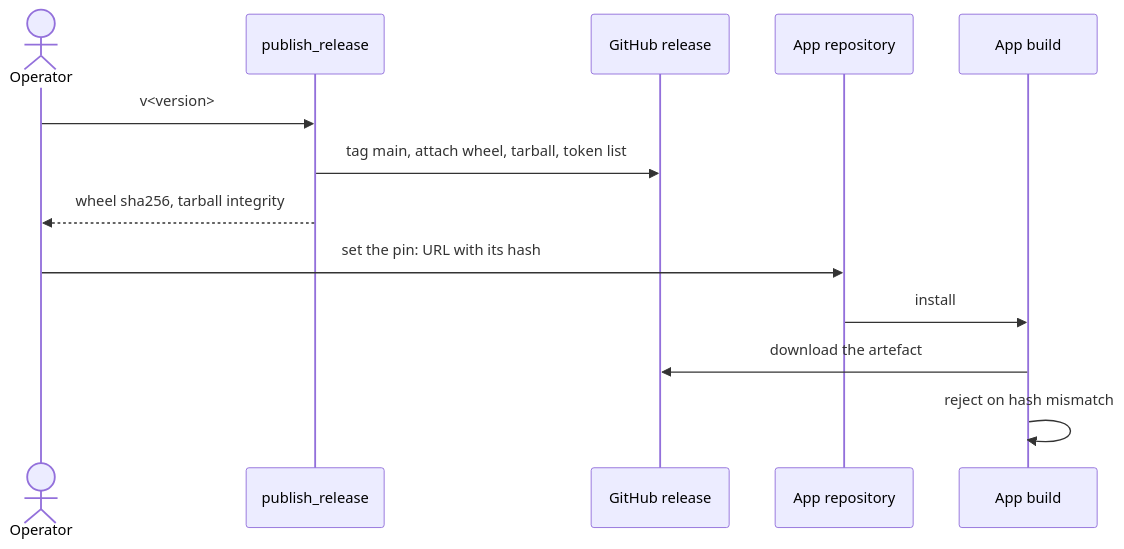
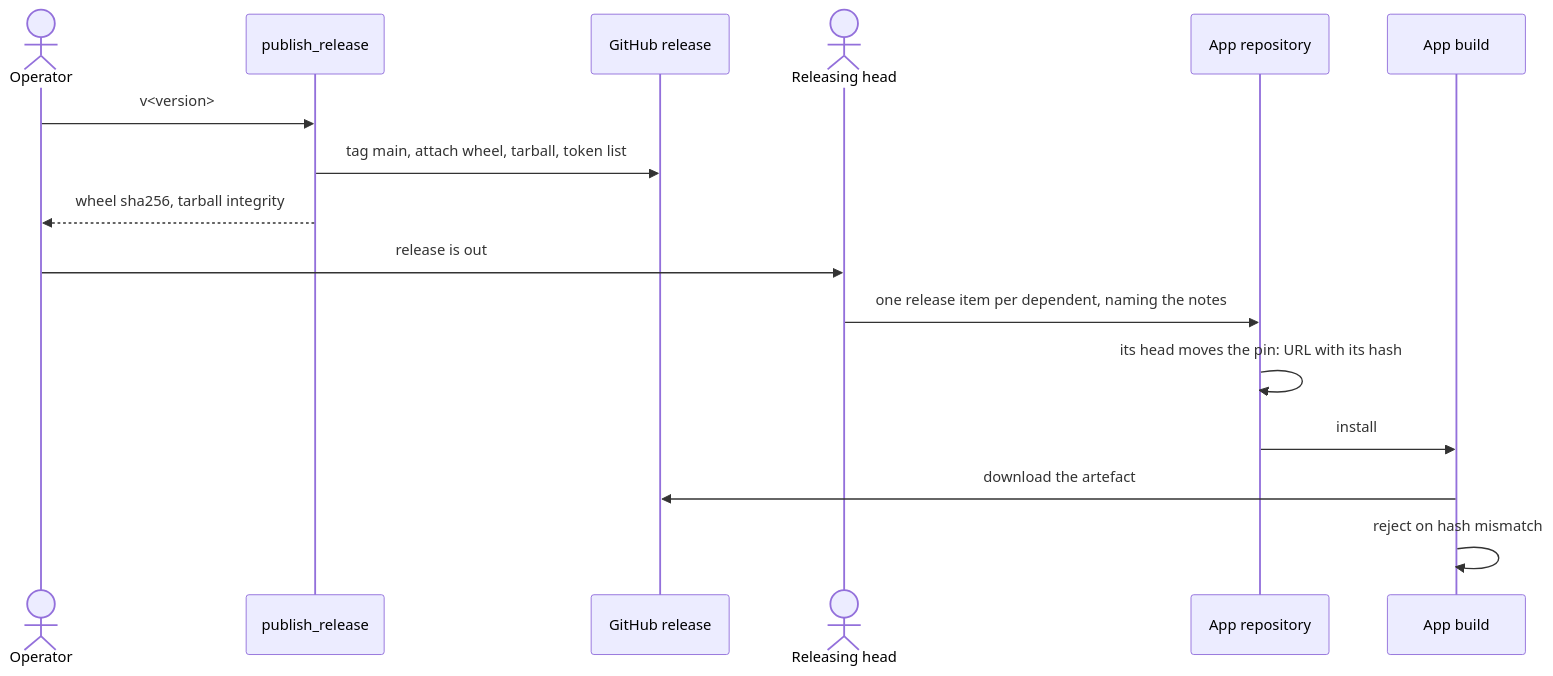
Before and after one commit to overnightworks/appkit: the third of 3 diagrams in docs/ARCHITECTURE.md, drawn with Mermaid. The commit also changed other lines of this file and 2 other files, not shown here.

First line of the commit message:
The architecture overview names each owner and reason truly

````diff
--- a/docs/ARCHITECTURE.md
+++ b/docs/ARCHITECTURE.md
@@ -60,15 +62,18 @@
 ```mermaid
 sequenceDiagram
   actor Op as Operator
   participant Pub as publish_release
   participant GH as GitHub release
+  actor Head as Releasing head
   participant App as App repository
   participant Build as App build
   Op->>Pub: v<version>
   Pub->>GH: tag main, attach wheel, tarball, token list
   Pub-->>Op: wheel sha256, tarball integrity
-  Op->>App: set the pin: URL with its hash
+  Op->>Head: release is out
+  Head->>App: one release item per dependent, naming the notes
+  App->>App: its head moves the pin: URL with its hash
   App->>Build: install
   Build->>GH: download the artefact
   Build->>Build: reject on hash mismatch
 ```
````
